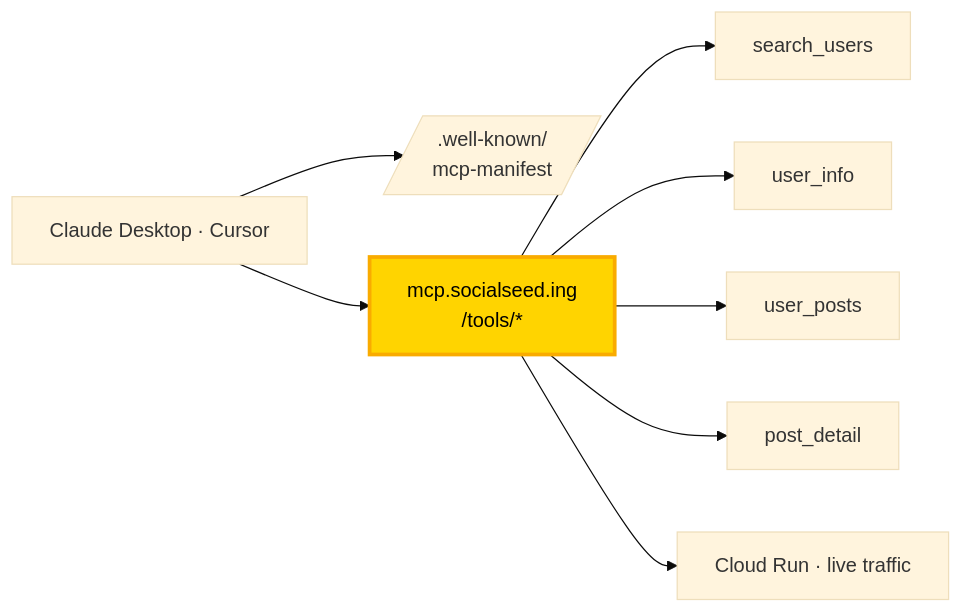
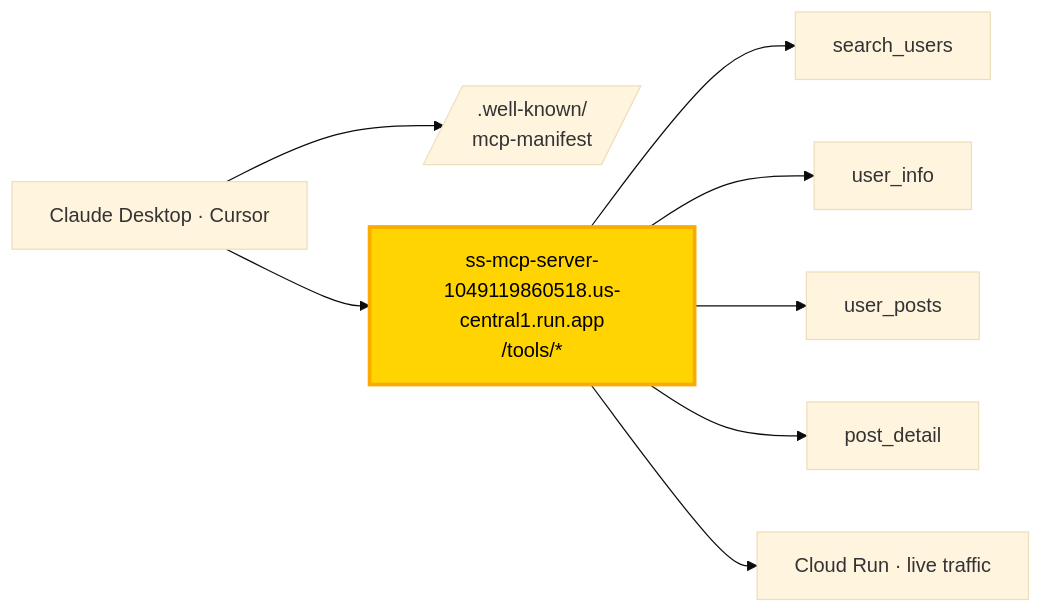
The diagram in scripts/demo/assets/overlays/mcp-beat-1.mmd (Two-Weeks-Team/social-seeding-v2-public), drawn with Mermaid (base theme) before and after one commit. The commit also changed 16 other files, not shown here.

```diff
--- a/scripts/demo/assets/overlays/mcp-beat-1.mmd
+++ b/scripts/demo/assets/overlays/mcp-beat-1.mmd
@@ -1,11 +1,11 @@
 %% Beat 1 — Public MCP endpoint  (SCRIPT.md §4 Beat 1)
 flowchart LR
   client[Claude Desktop · Cursor] --> manifest[/.well-known/<br/>mcp-manifest/]
-  client --> endpoint[mcp.socialseed.ing<br/>/tools/*]:::active
+  client --> endpoint[ss-mcp-server-1049119860518.us-central1.run.app<br/>/tools/*]:::active
   endpoint --> t1[search_users]
   endpoint --> t2[user_info]
   endpoint --> t3[user_posts]
   endpoint --> t4[post_detail]
   endpoint --> cr[Cloud Run · live traffic]
 
   classDef active fill:#FFD400,stroke:#F9AB00,color:#000,stroke-width:3px;
```
